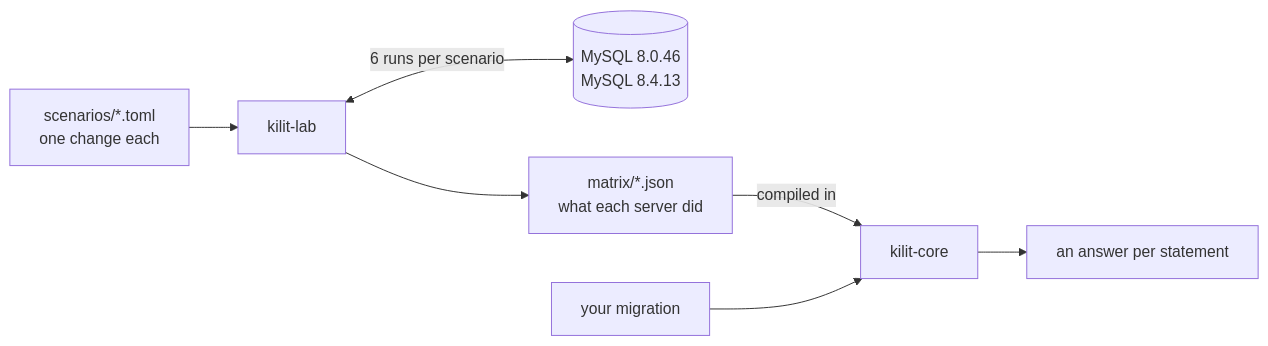
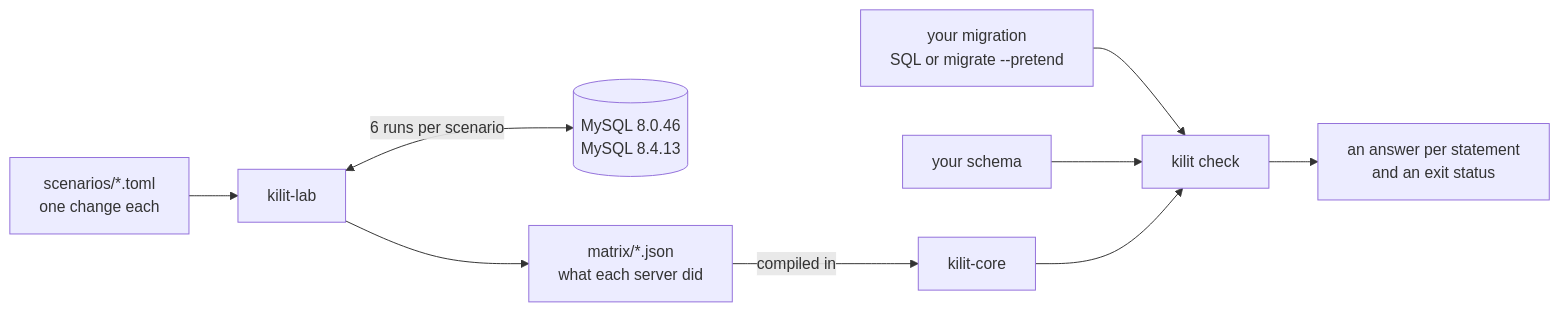
One commit to Veysel440/kilit changed the diagram in README.md. Above: the diagram before and after it, drawn with Mermaid. The commit also changed other lines of this file and 15 other files, not shown here.

Commit message:
Add the kilit command: read migrate --pretend, warn about the metadata lock

````diff
--- a/README.md
+++ b/README.md
@@ -218,9 +282,11 @@
 ```mermaid
 flowchart LR
     scenarios["scenarios/*.toml<br/>one change each"] --> lab["kilit-lab"]
     lab <-->|"6 runs per scenario"| servers[("MySQL 8.0.46<br/>MySQL 8.4.13")]
     lab --> matrix["matrix/*.json<br/>what each server did"]
     matrix -->|"compiled in"| core["kilit-core"]
-    migration["your migration"] --> core
-    core --> answers["an answer per statement"]
+    migration["your migration<br/>SQL or migrate --pretend"] --> cli["kilit check"]
+    schema["your schema"] --> cli
+    core --> cli
+    cli --> answers["an answer per statement<br/>and an exit status"]
 ```
````
